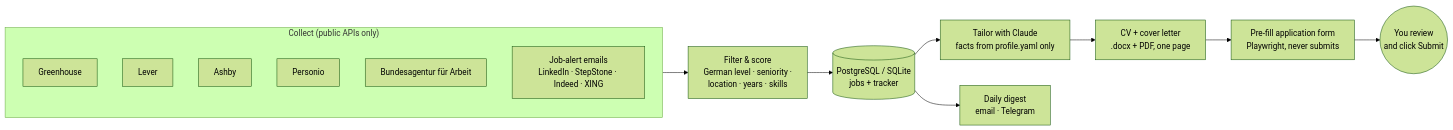
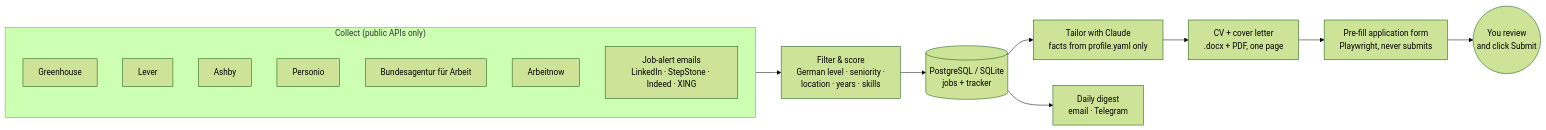
One commit to Nandavits/Job-hunter changed the diagram in README.md. Above: the diagram before and after it, drawn with Mermaid (forest theme). The commit also changed other lines of this file and 10 other files, not shown here.

````diff
--- a/README.md
+++ b/README.md
@@ -7,18 +7,19 @@
 ```mermaid
 flowchart LR
     subgraph Sources["Collect (public APIs only)"]
         GH[Greenhouse]
         LV[Lever]
         AB[Ashby]
         PE[Personio]
         BA[Bundesagentur für Arbeit]
+        AN[Arbeitnow]
         EM[Job-alert emails<br/>LinkedIn · StepStone · Indeed · XING]
     end
     Sources --> F[Filter & score<br/>German level · seniority ·<br/>location · years · skills]
     F --> DB[(PostgreSQL / SQLite<br/>jobs + tracker)]
     DB --> T[Tailor with Claude<br/>facts from profile.yaml only]
     T --> D[CV + cover letter<br/>.docx + PDF, one page]
     DB --> N[Daily digest<br/>email · Telegram]
     D --> A[Pre-fill application form<br/>Playwright, never submits]
     A --> YOU((You review<br/>and click Submit))
 ```
````
